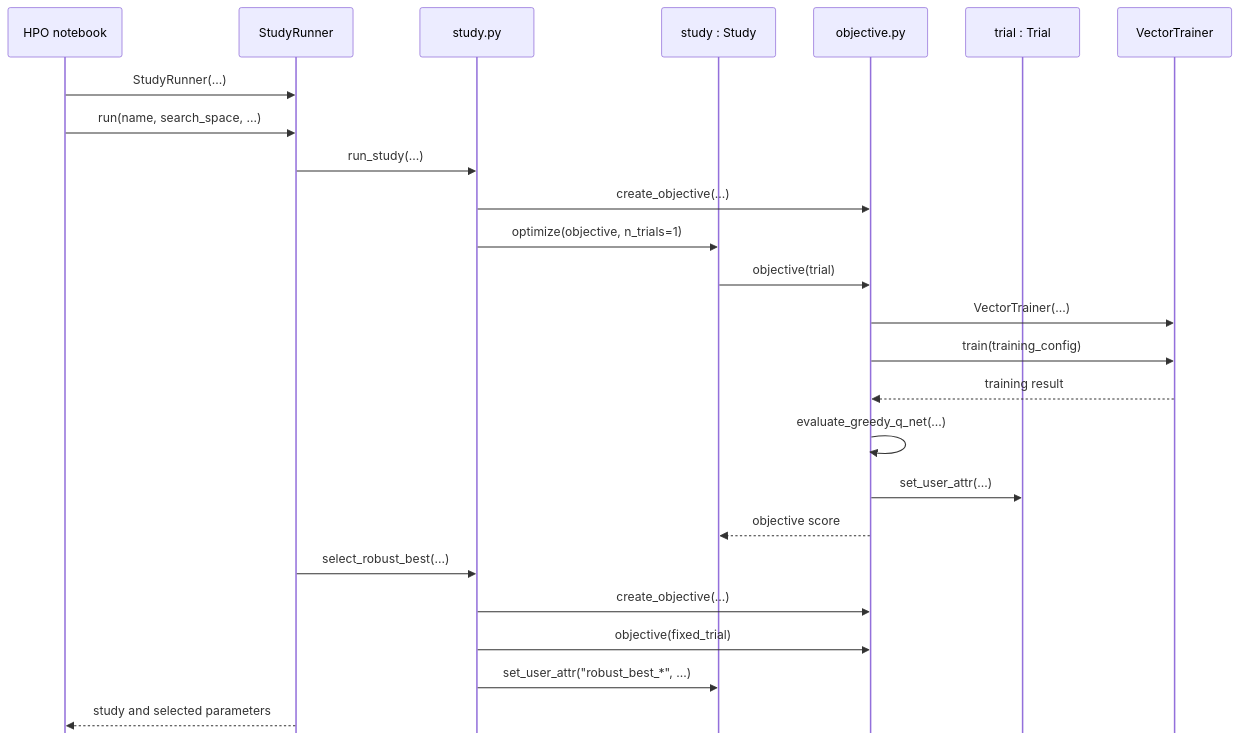
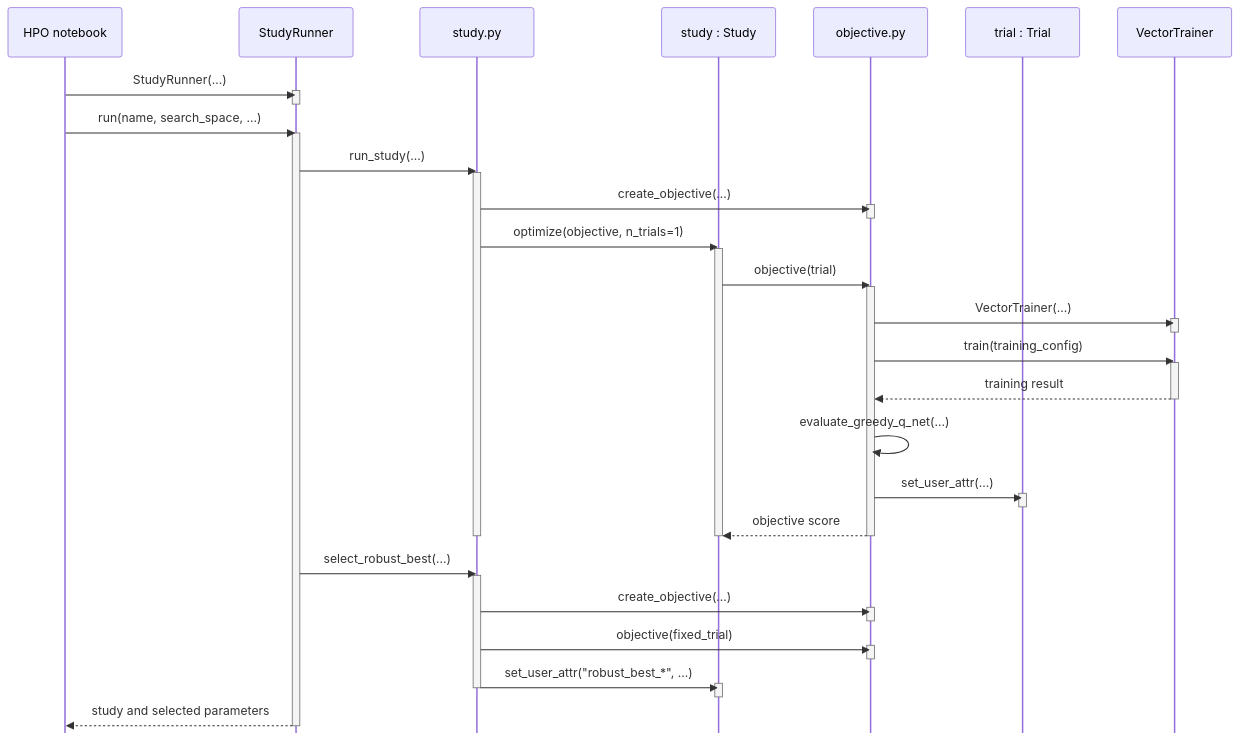
One commit to miwehle/rl_lab changed the diagram in hpo/sequence_diagram.md. Above: the diagram before and after it, drawn with Mermaid.

Commit message:
Add activation bars

````diff
--- a/hpo/sequence_diagram.md
+++ b/hpo/sequence_diagram.md
@@ -1,33 +1,59 @@
 ```mermaid
 %%{init: {"sequence": {"mirrorActors": false}}}%%
 sequenceDiagram
     participant notebook as HPO notebook
     participant runner as StudyRunner
     participant study_module as study.py
     participant study as study : Study
     participant objective as objective.py
     participant trial as trial : Trial
     participant trainer as VectorTrainer
 
     notebook->>runner: StudyRunner(...)
+    activate runner
+    deactivate runner
     notebook->>runner: run(name, search_space, ...)
+    activate runner
     runner->>study_module: run_study(...)
+    activate study_module
     study_module->>objective: create_objective(...)
+    activate objective
+    deactivate objective
 
     study_module->>study: optimize(objective, n_trials=1)
+    activate study
     study->>objective: objective(trial)
+    activate objective
     objective->>trainer: VectorTrainer(...)
+    activate trainer
+    deactivate trainer
     objective->>trainer: train(training_config)
+    activate trainer
     trainer-->>objective: training result
+    deactivate trainer
     objective->>objective: evaluate_greedy_q_net(...)
     objective->>trial: set_user_attr(...)
+    activate trial
+    deactivate trial
     objective-->>study: objective score
+    deactivate objective
+    deactivate study
+    deactivate study_module
 
     runner->>study_module: select_robust_best(...)
+    activate study_module
     study_module->>objective: create_objective(...)
+    activate objective
+    deactivate objective
     study_module->>objective: objective(fixed_trial)
+    activate objective
+    deactivate objective
     study_module->>study: set_user_attr("robust_best_*", ...)
+    activate study
+    deactivate study
+    deactivate study_module
 
     runner-->>notebook: study and selected parameters
+    deactivate runner
 
 ```
````
